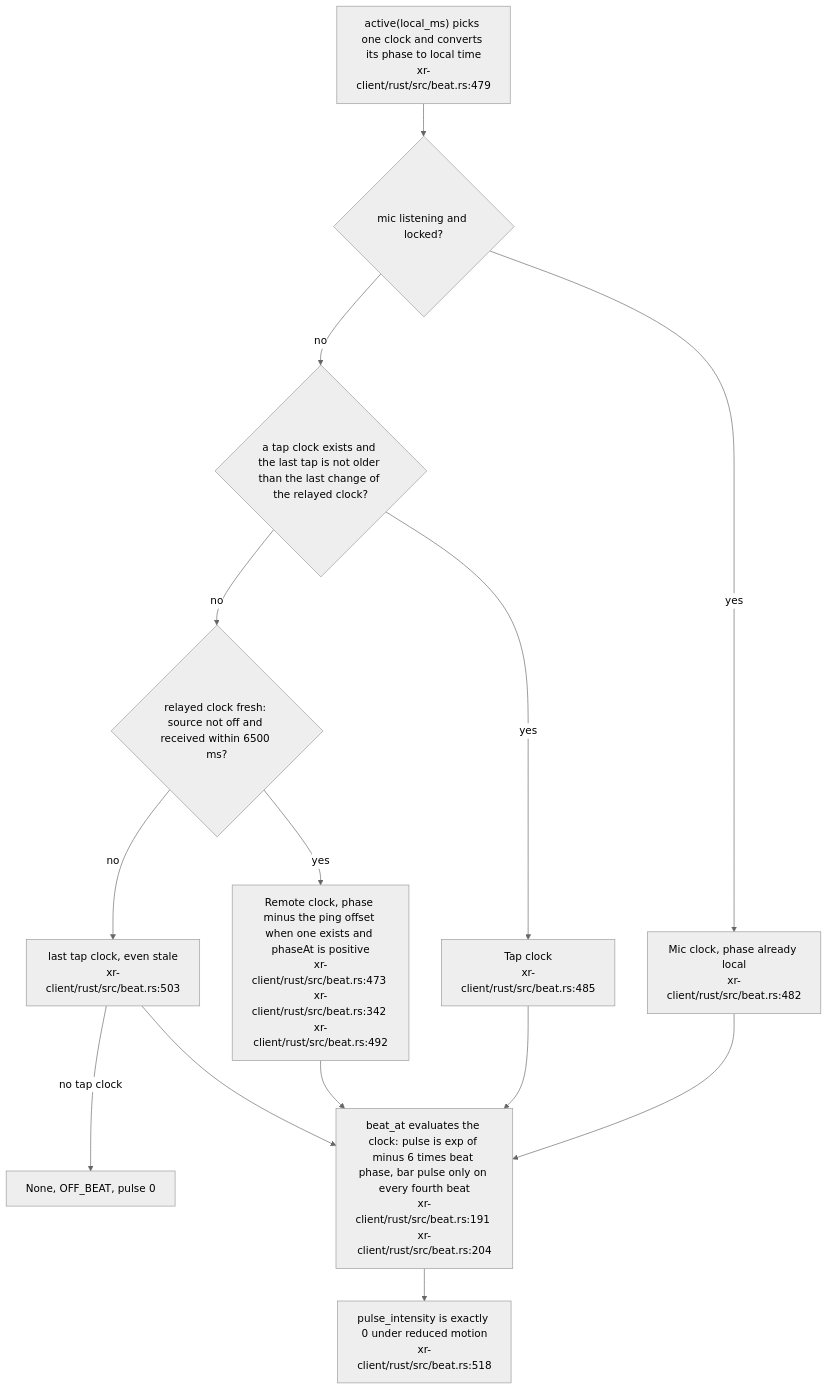
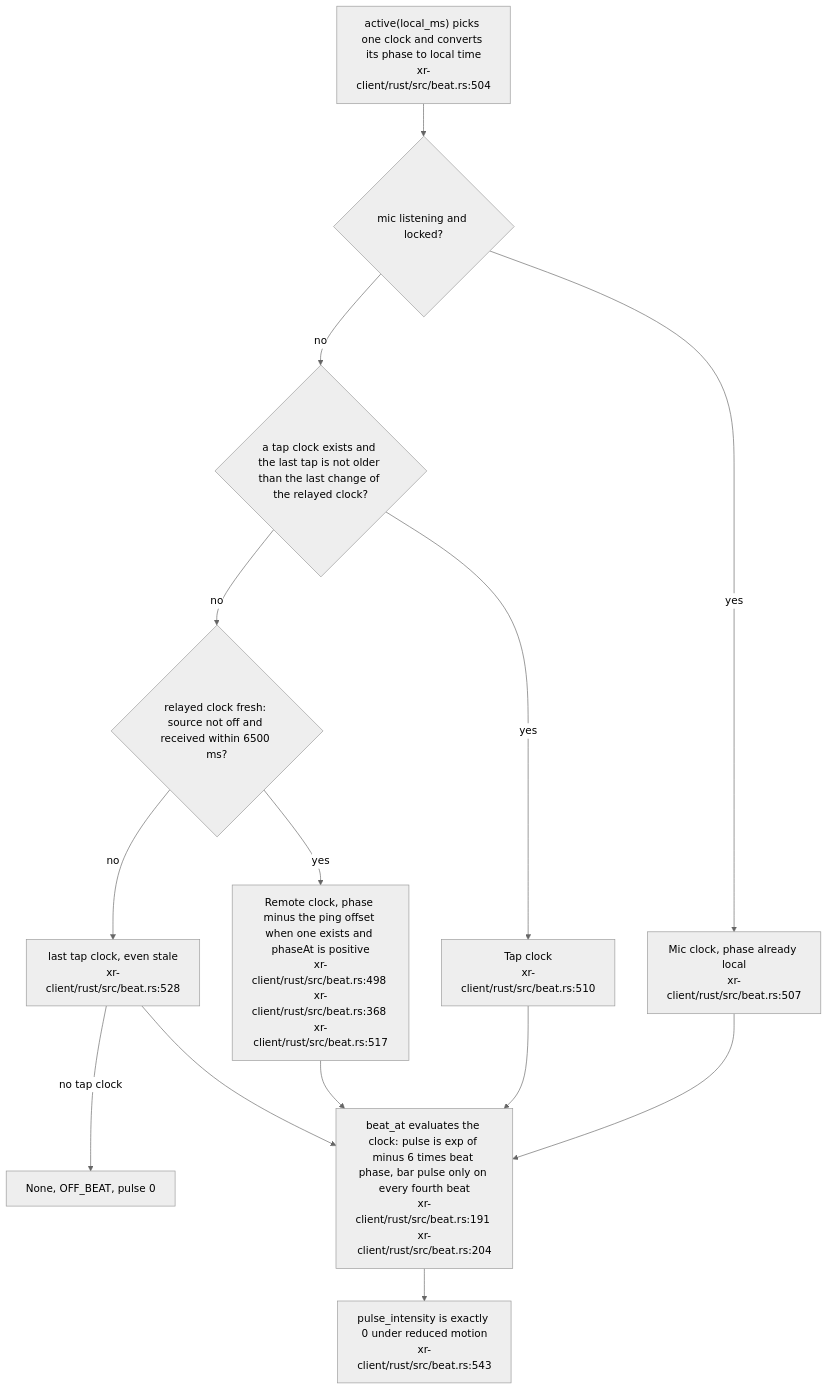
Diagram 15 of 19 in docs/diagrams/visionclaw/38-xr-memory-cloud-internals.md (DreamLab-AI/VisionFlow), drawn with Mermaid (neutral theme) before and after one commit. The commit also changed other lines of this file and 160 other files, not shown here.

````diff
--- a/docs/diagrams/visionclaw/38-xr-memory-cloud-internals.md
+++ b/docs/diagrams/visionclaw/38-xr-memory-cloud-internals.md
@@ -587,27 +587,27 @@
 ```mermaid
 flowchart TB
-    ST["active(local_ms) picks one clock and converts its phase to local time<br/>xr-client/rust/src/beat.rs:479"]
+    ST["active(local_ms) picks one clock and converts its phase to local time<br/>xr-client/rust/src/beat.rs:504"]
     M{"mic listening and locked?"}
-    MIC["Mic clock, phase already local<br/>xr-client/rust/src/beat.rs:482"]
+    MIC["Mic clock, phase already local<br/>xr-client/rust/src/beat.rs:507"]
     T{"a tap clock exists and the last tap is not older than the last change of the relayed clock?"}
-    TAP["Tap clock<br/>xr-client/rust/src/beat.rs:485"]
+    TAP["Tap clock<br/>xr-client/rust/src/beat.rs:510"]
     R{"relayed clock fresh: source not off and received within 6500 ms?"}
-    REM["Remote clock, phase minus the ping offset when one exists and phaseAt is positive<br/>xr-client/rust/src/beat.rs:473 xr-client/rust/src/beat.rs:342 xr-client/rust/src/beat.rs:492"]
-    TL["last tap clock, even stale<br/>xr-client/rust/src/beat.rs:503"]
+    REM["Remote clock, phase minus the ping offset when one exists and phaseAt is positive<br/>xr-client/rust/src/beat.rs:498 xr-client/rust/src/beat.rs:368 xr-client/rust/src/beat.rs:517"]
+    TL["last tap clock, even stale<br/>xr-client/rust/src/beat.rs:528"]
     NONE["None, OFF_BEAT, pulse 0"]
     ST --> M
     M -->|yes| MIC
     M -->|no| T
     T -->|yes| TAP
     T -->|no| R
     R -->|yes| REM
     R -->|no| TL
     TL -->|no tap clock| NONE
     OUT["beat_at evaluates the clock: pulse is exp of minus 6 times beat phase, bar pulse only on every fourth beat<br/>xr-client/rust/src/beat.rs:191 xr-client/rust/src/beat.rs:204"]
     MIC --> OUT
     TAP --> OUT
     REM --> OUT
     TL --> OUT
-    RED["pulse_intensity is exactly 0 under reduced motion<br/>xr-client/rust/src/beat.rs:518"]
+    RED["pulse_intensity is exactly 0 under reduced motion<br/>xr-client/rust/src/beat.rs:543"]
     OUT --> RED
 ```
````
